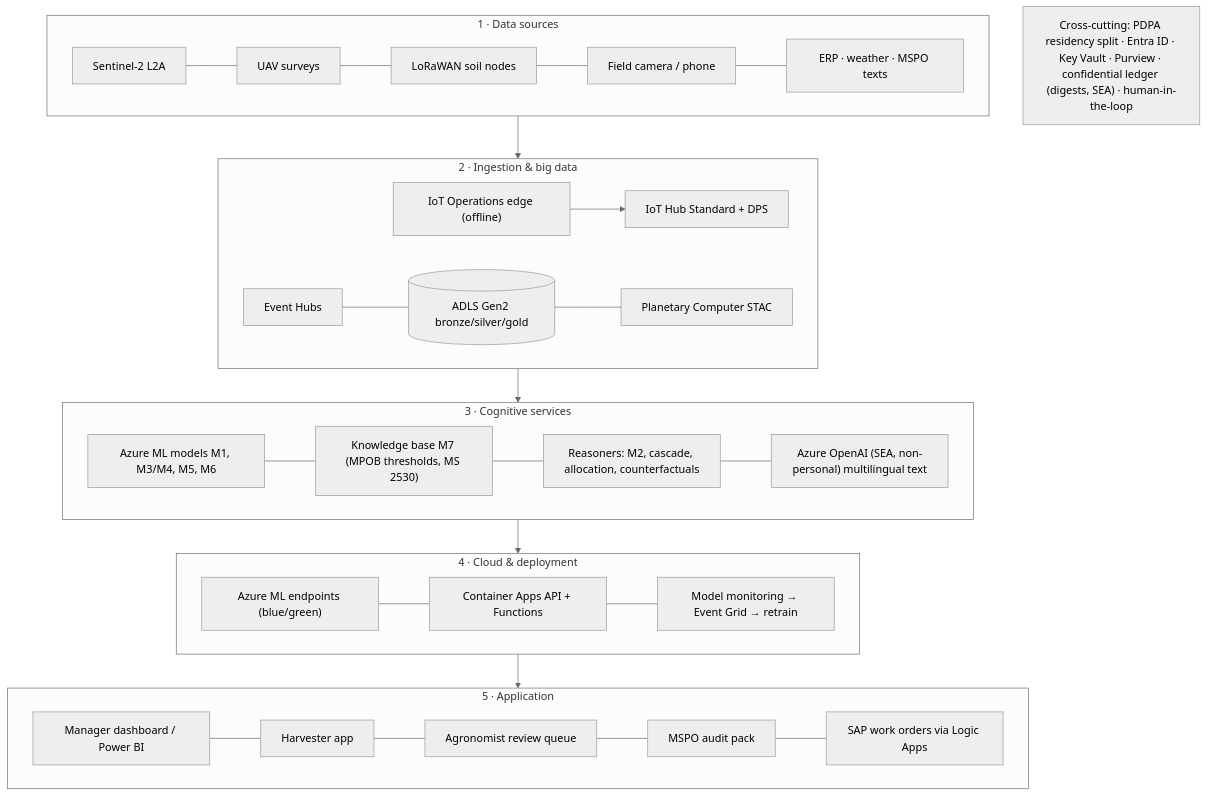
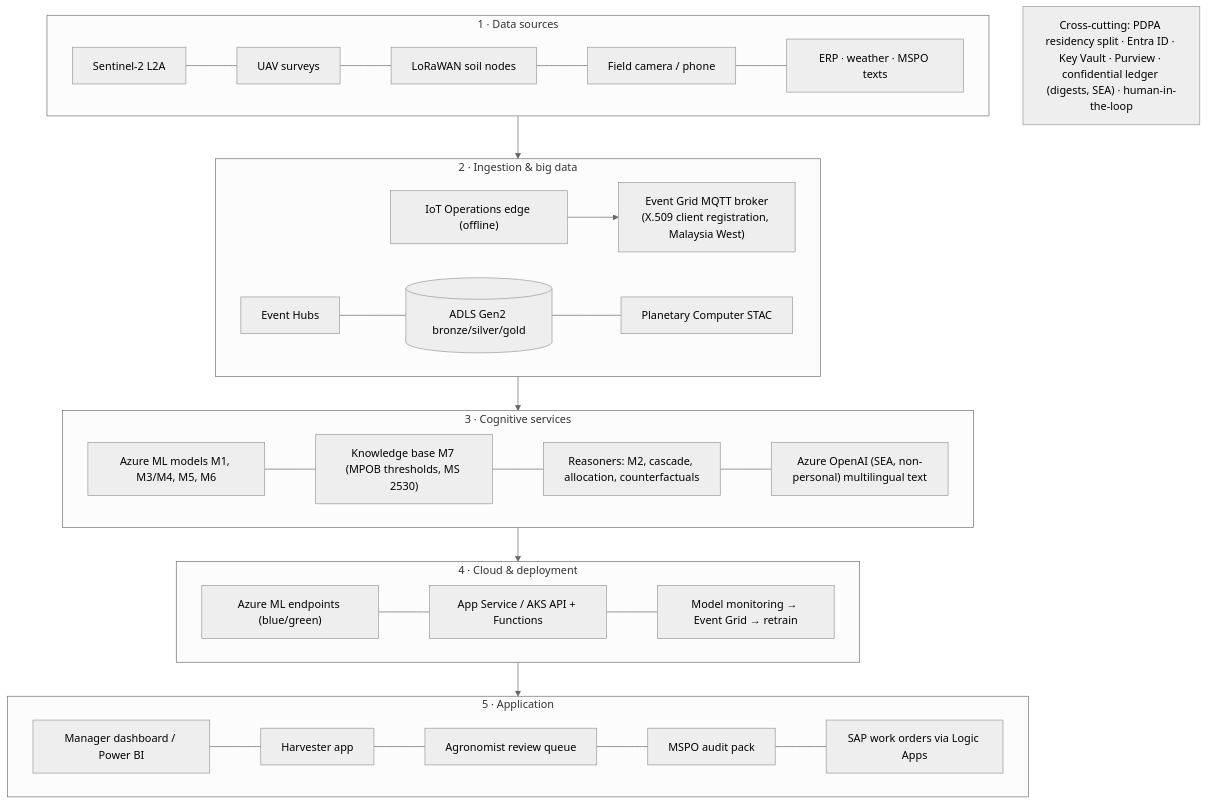
One commit to finn1282/CCA changed the second of 2 diagrams in 04_technical/TECHNICAL_SUMMARY.md. Above: the diagram before and after it, drawn with Mermaid (neutral theme). The commit also changed other lines of this file and 1 other file, not shown here.

````diff
--- a/04_technical/TECHNICAL_SUMMARY.md
+++ b/04_technical/TECHNICAL_SUMMARY.md
@@ -59,21 +59,21 @@
 ```mermaid
 flowchart TB
   subgraph L1["1 · Data sources"]
     A1[Sentinel-2 L2A] --- A2[UAV surveys] --- A3[LoRaWAN soil nodes] --- A4[Field camera / phone] --- A5[ERP · weather · MSPO texts]
   end
   subgraph L2["2 · Ingestion & big data"]
-    B1["IoT Operations edge (offline)"] --> B2["IoT Hub Standard + DPS"]
+    B1["IoT Operations edge (offline)"] --> B2["Event Grid MQTT broker<br/>(X.509 client registration, Malaysia West)"]
     B3["Event Hubs"] --- B4[("ADLS Gen2 bronze/silver/gold")] --- B5["Planetary Computer STAC"]
   end
   subgraph L3["3 · Cognitive services"]
     C1["Azure ML models M1, M3/M4, M5, M6"] --- C2["Knowledge base M7 (MPOB thresholds, MS 2530)"] --- C3["Reasoners: M2, cascade, allocation, counterfactuals"] --- C4["Azure OpenAI (SEA, non-personal) multilingual text"]
   end
   subgraph L4["4 · Cloud & deployment"]
-    D1["Azure ML endpoints (blue/green)"] --- D2["Container Apps API + Functions"] --- D3["Model monitoring → Event Grid → retrain"]
+    D1["Azure ML endpoints (blue/green)"] --- D2["App Service / AKS API + Functions"] --- D3["Model monitoring → Event Grid → retrain"]
   end
   subgraph L5["5 · Application"]
     E1[Manager dashboard / Power BI] --- E2[Harvester app] --- E3[Agronomist review queue] --- E4[MSPO audit pack] --- E5[SAP work orders via Logic Apps]
   end
   L1 --> L2 --> L3 --> L4 --> L5
   X["Cross-cutting: PDPA residency split · Entra ID · Key Vault · Purview · confidential ledger (digests, SEA) · human-in-the-loop"]
 ```
````
